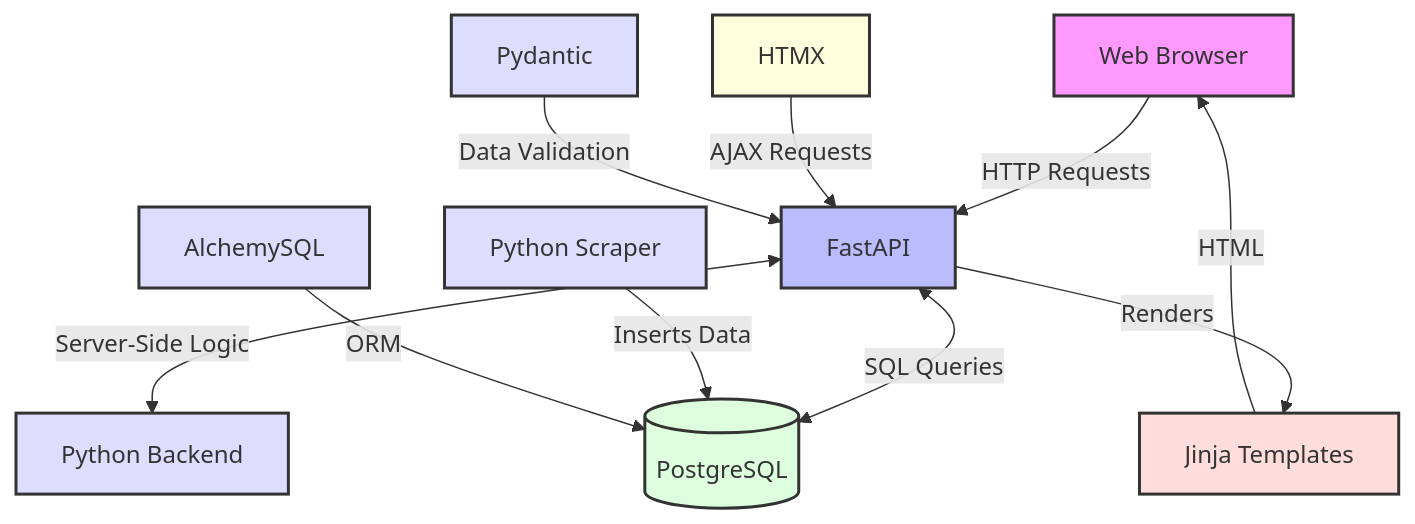
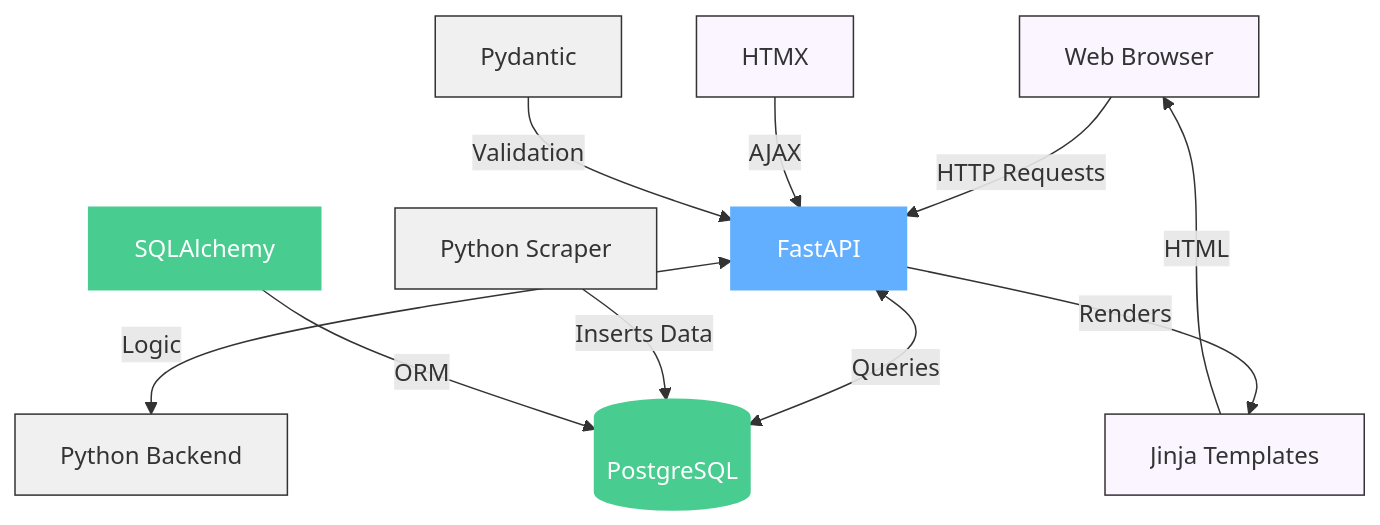
The diagram in README.md (niklas-xgh-dev/semiscraper), drawn with Mermaid before and after one commit.

````diff
--- a/README.md
+++ b/README.md
@@ -9,22 +9,23 @@
 ```mermaid
 graph TD
     A[Web Browser] -->|HTTP Requests| B[FastAPI]
-    B <-->|SQL Queries| C[(PostgreSQL)]
+    B <-->|Queries| C[(PostgreSQL)]
     B -->|Renders| D[Jinja Templates]
     D -->|HTML| A
     E[Python Scraper] -->|Inserts Data| C
-    B <-->|Server-Side Logic| F[Python Backend]
-    G[HTMX] -->|AJAX Requests| B
-    H[AlchemySQL] -->|ORM| C
-    I[Pydantic] -->|Data Validation| B
+    B <-->|Logic| F[Python Backend]
+    G[HTMX] -->|AJAX| B
+    H[SQLAlchemy] -->|ORM| C
+    I[Pydantic] -->|Validation| B
 
-    style A fill:#f9f,stroke:#333,stroke-width:2px
-    style B fill:#bbf,stroke:#333,stroke-width:2px
-    style C fill:#dfd,stroke:#333,stroke-width:2px
-    style D fill:#fdd,stroke:#333,stroke-width:2px
-    style E fill:#ddf,stroke:#333,stroke-width:2px
-    style F fill:#ddf,stroke:#333,stroke-width:2px
-    style G fill:#ffd,stroke:#333,stroke-width:2px
-    style H fill:#ddf,stroke:#333,stroke-width:2px
-    style I fill:#ddf,stroke:#333,stroke-width:2px
+    classDef default fill:#f0f0f0,stroke:#333,stroke-width:1px;
+    classDef get fill:#61affe,color:#ffffff,stroke:#61affe,stroke-width:2px;
+    classDef post fill:#49cc90,color:#ffffff,stroke:#49cc90,stroke-width:2px;
+    classDef delete fill:#f93e3e,color:#ffffff,stroke:#f93e3e,stroke-width:2px;
+    classDef neutral fill:#faf5ff,stroke:#333,stroke-width:1px;
+    
+    class A,D,G neutral;
+    class B get;
+    class C,H post;
+    class E,F,I default;
 ```
````
